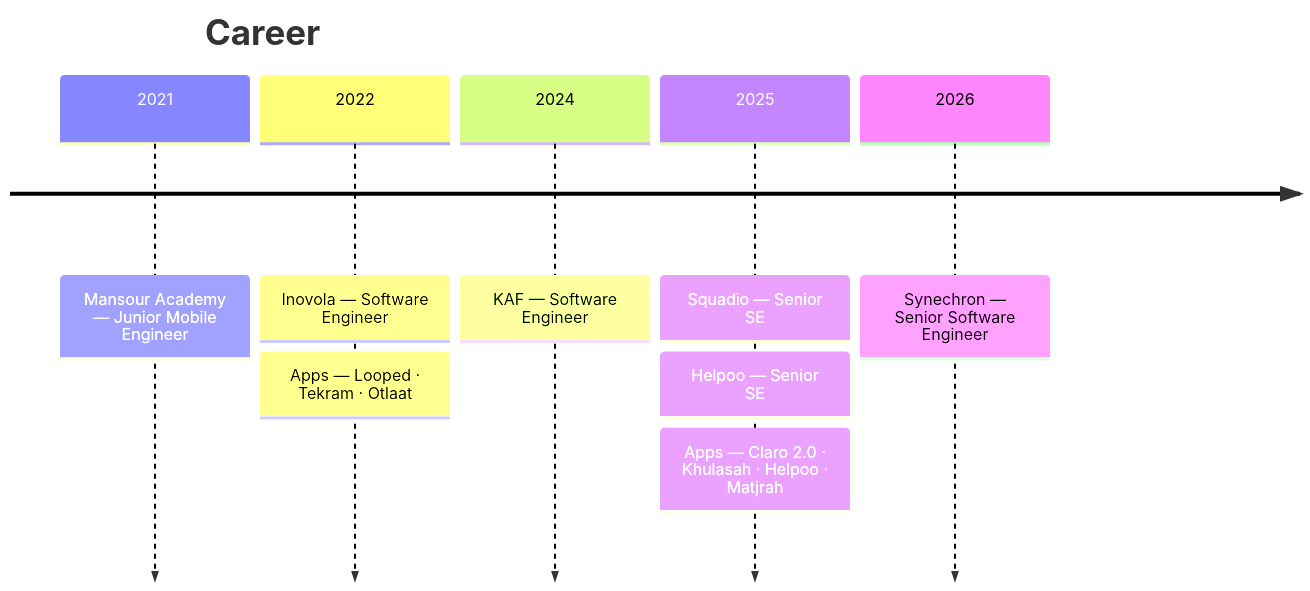
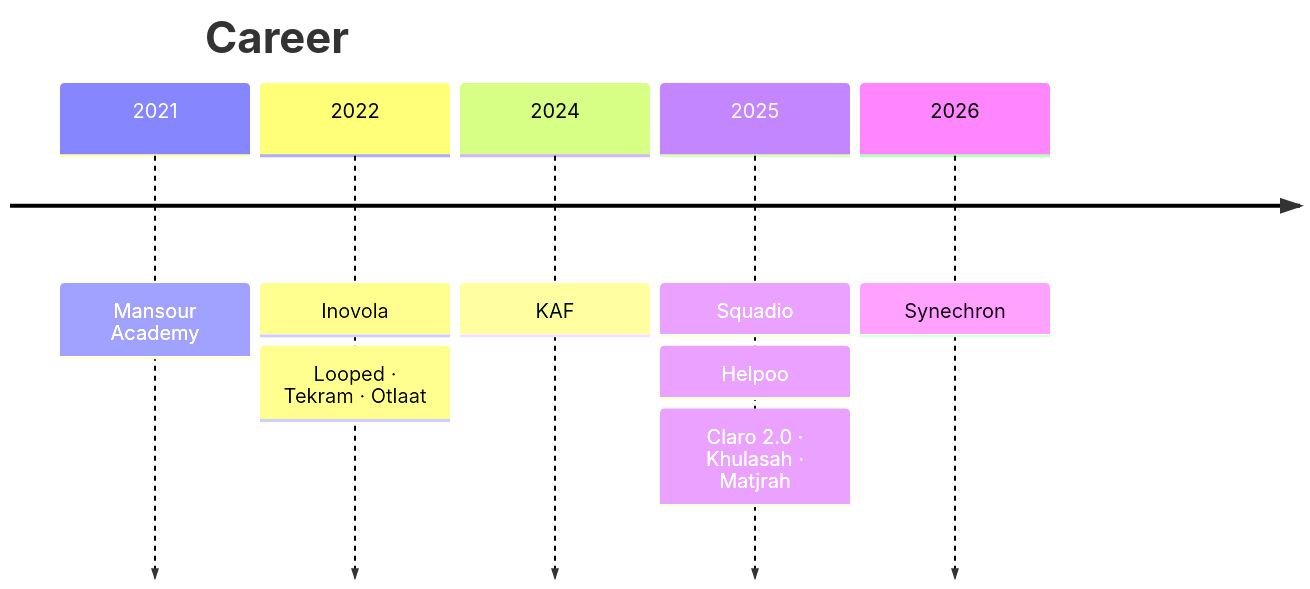
The diagram in README.md (ehaborae/ehaborae), drawn with Mermaid before and after one commit.

Commit message:
style: trim role/Apps labels, bump timeline font size

````diff
--- a/README.md
+++ b/README.md
@@ -81,9 +81,10 @@
 ```mermaid
+%%{init: {'themeVariables': {'fontSize': '20px'}}}%%
 timeline
     title Career
-    2021 : Mansour Academy — Junior Mobile Engineer
-    2022 : Inovola — Software Engineer : Apps — Looped · Tekram · Otlaat
-    2024 : KAF — Software Engineer
-    2025 : Squadio — Senior SE : Helpoo — Senior SE : Apps — Claro 2.0 · Khulasah · Helpoo · Matjrah
-    2026 : Synechron — Senior Software Engineer
+    2021 : Mansour Academy
+    2022 : Inovola : Looped · Tekram · Otlaat
+    2024 : KAF
+    2025 : Squadio : Helpoo : Claro 2.0 · Khulasah · Matjrah
+    2026 : Synechron
 ```
````
